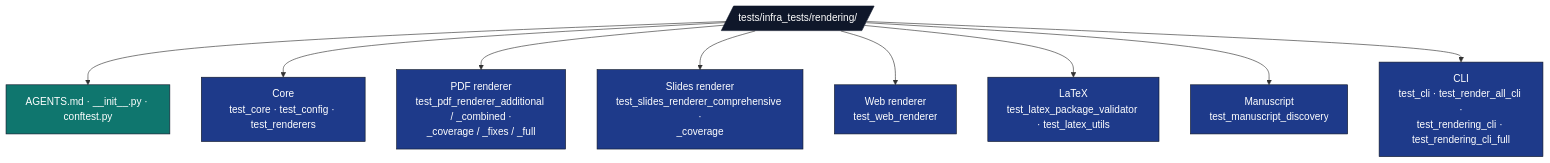
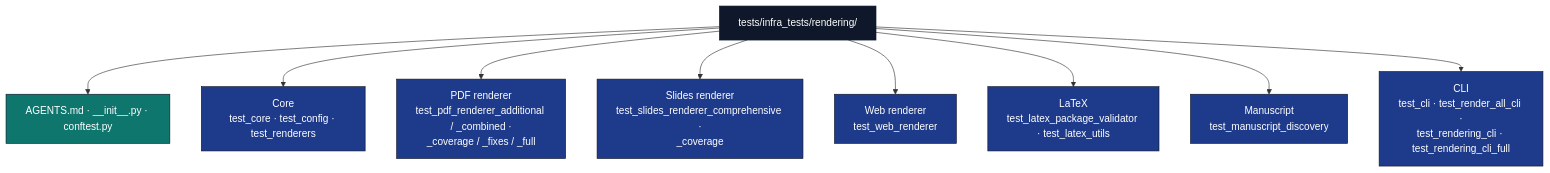
The diagram in tests/infra_tests/rendering/AGENTS.md (docxology/template), drawn with Mermaid before and after one commit. The commit also changed 94 other files, not shown here.

````diff
--- a/tests/infra_tests/rendering/AGENTS.md
+++ b/tests/infra_tests/rendering/AGENTS.md
@@ -9,19 +9,19 @@
 ```mermaid
 flowchart TB
-    T[/tests/infra_tests/rendering//]
+    T[tests/infra_tests/rendering/]
     T --> META[AGENTS.md · __init__.py · conftest.py]
     T --> CORE[Core<br/>test_core · test_config · test_renderers]
     T --> PDF[PDF renderer<br/>test_pdf_renderer_additional / _combined ·<br/>_coverage / _fixes / _full]
     T --> SLIDES[Slides renderer<br/>test_slides_renderer_comprehensive ·<br/>_coverage]
     T --> WEB[Web renderer<br/>test_web_renderer]
     T --> LATEX[LaTeX<br/>test_latex_package_validator · test_latex_utils]
     T --> MAN[Manuscript<br/>test_manuscript_discovery]
     T --> CLI[CLI<br/>test_cli · test_render_all_cli ·<br/>test_rendering_cli · test_rendering_cli_full]
 
     classDef d fill:#0f172a,stroke:#0f172a,color:#fff
     classDef cat fill:#1e3a8a,stroke:#0f172a,color:#fff
     classDef doc fill:#0f766e,stroke:#0f172a,color:#fff
     class T d
     class CORE,PDF,SLIDES,WEB,LATEX,MAN,CLI cat
     class META doc
 ```
````
